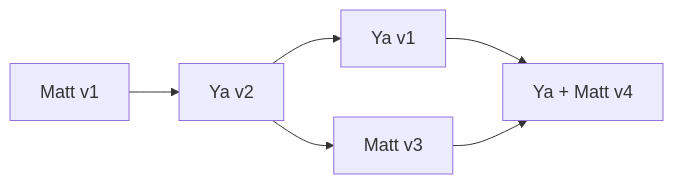
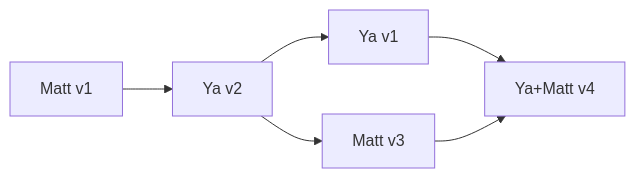
Before and after one commit to openpharma/workshop-r-swe-sf: the first of 6 diagrams in slides/05_collaboration.qmd, drawn with Mermaid. The commit also changed other lines of this file and 1 other file, not shown here.

````diff
--- a/slides/05_collaboration.qmd
+++ b/slides/05_collaboration.qmd
@@ -61,8 +49,8 @@
 ```{mermaid}
 flowchart LR
-  A[<font size=4> Matt v1] --> B[<font size=4> Ya v2]
-  B --> C[<font size=4> Matt v3]
-  B --> D[<font size=4> Ya v1]
-  D --> E[<font size=4> Ya + Matt v4]
+  A[Matt v1] --> B[Ya v2]
+  B --> C[Matt v3]
+  B --> D[Ya v1]
+  D --> E[Ya+Matt v4]
   C --> E
 ```
````
